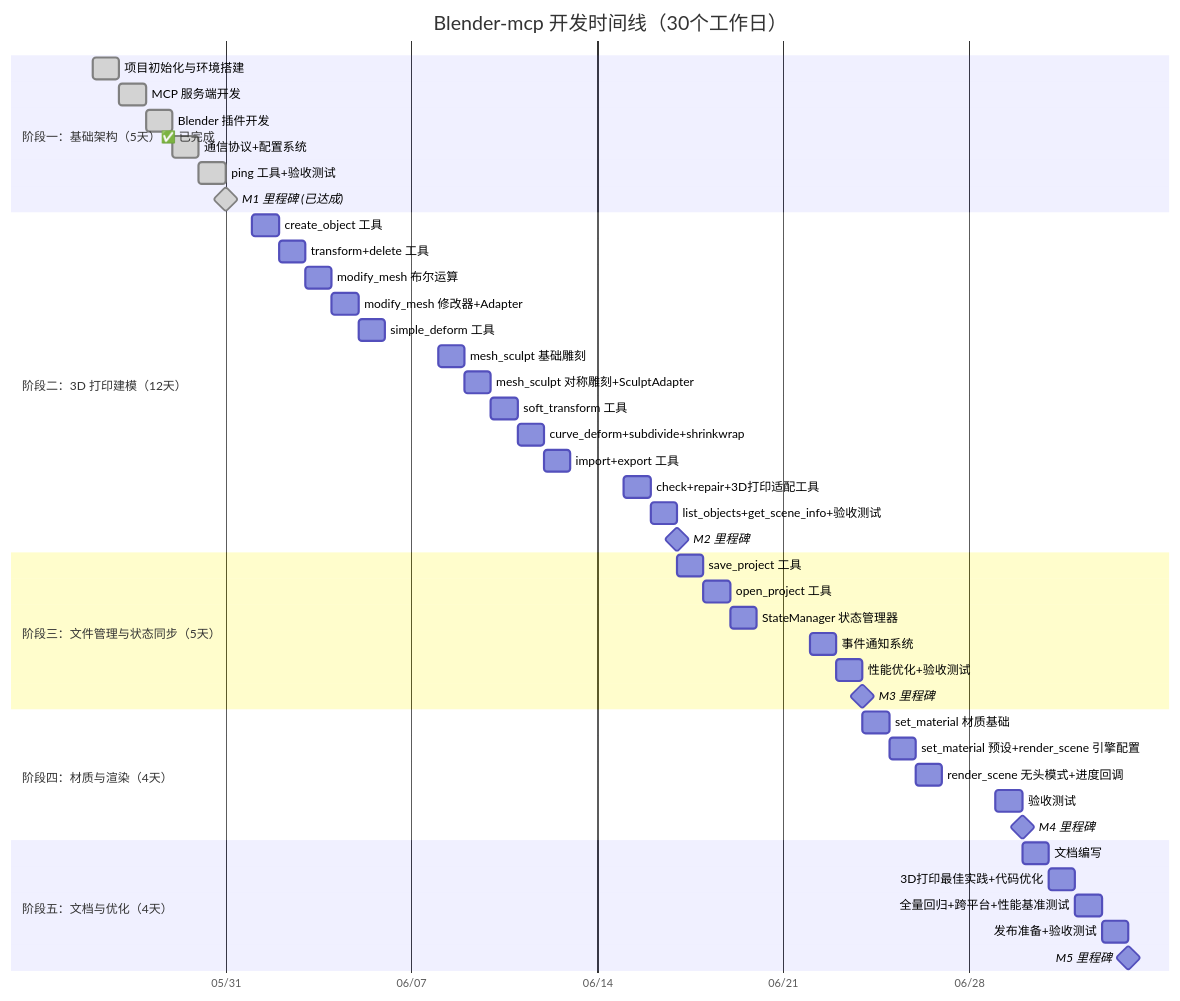
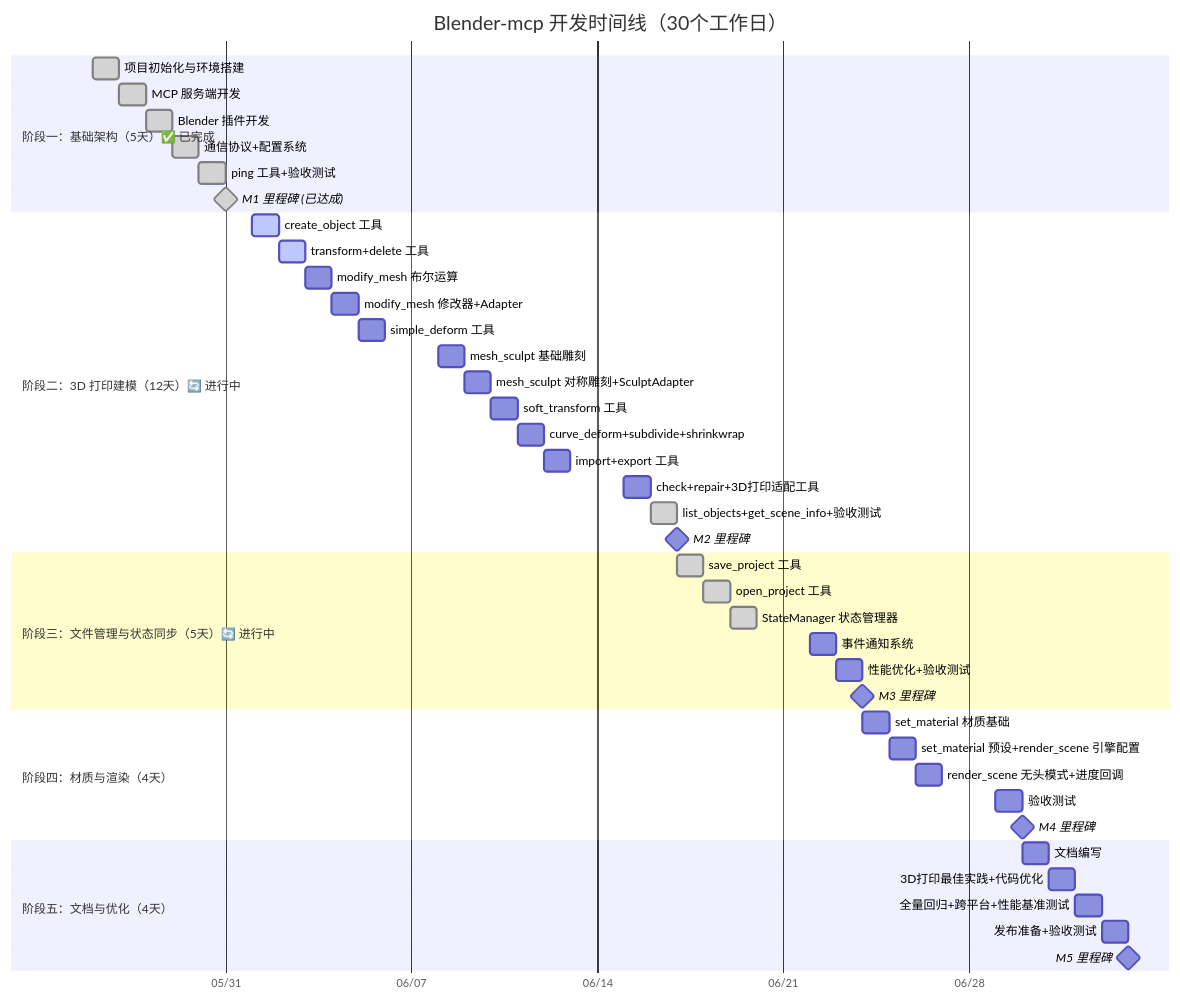
One commit to xjdxjd/Blender-MCP changed the first of 2 diagrams in document/开发计划.md. Above: the diagram before and after it, drawn with Mermaid. The commit also changed other lines of this file and 5 other files, not shown here.

````diff
--- a/document/开发计划.md
+++ b/document/开发计划.md
@@ -39,51 +39,51 @@
 ```mermaid
 gantt
     title Blender-mcp 开发时间线（30个工作日）
     dateFormat  YYYY-MM-DD
     axisFormat  %m/%d
 
     section 阶段一：基础架构（5天）✅ 已完成
     项目初始化与环境搭建          :done, a1, 2026-05-26, 1d
     MCP 服务端开发                :done, a2, 2026-05-27, 1d
     Blender 插件开发              :done, a3, 2026-05-28, 1d
     通信协议+配置系统             :done, a4, 2026-05-29, 1d
     ping 工具+验收测试            :done, a5, 2026-05-30, 1d
     M1 里程碑 (已达成)             :milestone, done, after a5, 0d
 
-    section 阶段二：3D 打印建模（12天）
-    create_object 工具            :b1, 2026-06-01, 1d
-    transform+delete 工具         :b2, 2026-06-02, 1d
+    section 阶段二：3D 打印建模（12天）🔄 进行中
+    create_object 工具            :active, b1, 2026-06-01, 1d
+    transform+delete 工具         :active, b2, 2026-06-02, 1d
     modify_mesh 布尔运算          :b3, 2026-06-03, 1d
     modify_mesh 修改器+Adapter    :b4, 2026-06-04, 1d
     simple_deform 工具            :b5, 2026-06-05, 1d
     mesh_sculpt 基础雕刻          :b6, 2026-06-08, 1d
     mesh_sculpt 对称雕刻+SculptAdapter :b7, 2026-06-09, 1d
     soft_transform 工具           :b8, 2026-06-10, 1d
     curve_deform+subdivide+shrinkwrap :b9, 2026-06-11, 1d
     import+export 工具            :b10, 2026-06-12, 1d
     check+repair+3D打印适配工具    :b11, 2026-06-15, 1d
-    list_objects+get_scene_info+验收测试 :b12, 2026-06-16, 1d
+    list_objects+get_scene_info+验收测试 :done, b12, 2026-06-16, 1d
     M2 里程碑                     :milestone, after b12, 0d
 
-    section 阶段三：文件管理与状态同步（5天）
-    save_project 工具             :c1, 2026-06-17, 1d
-    open_project 工具             :c2, 2026-06-18, 1d
-    StateManager 状态管理器       :c3, 2026-06-19, 1d
+    section 阶段三：文件管理与状态同步（5天）🔄 进行中
+    save_project 工具             :done, c1, 2026-06-17, 1d
+    open_project 工具             :done, c2, 2026-06-18, 1d
+    StateManager 状态管理器       :done, c3, 2026-06-19, 1d
     事件通知系统                  :c4, 2026-06-22, 1d
     性能优化+验收测试             :c5, 2026-06-23, 1d
     M3 里程碑                     :milestone, after c5, 0d
 
     section 阶段四：材质与渲染（4天）
     set_material 材质基础         :d1, 2026-06-24, 1d
     set_material 预设+render_scene 引擎配置 :d2, 2026-06-25, 1d
     render_scene 无头模式+进度回调 :d3, 2026-06-26, 1d
     验收测试                      :d4, 2026-06-29, 1d
     M4 里程碑                     :milestone, after d4, 0d
 
     section 阶段五：文档与优化（4天）
     文档编写                      :e1, 2026-06-30, 1d
     3D打印最佳实践+代码优化       :e2, 2026-07-01, 1d
     全量回归+跨平台+性能基准测试  :e3, 2026-07-02, 1d
     发布准备+验收测试             :e4, 2026-07-03, 1d
     M5 里程碑                     :milestone, after e4, 0d
 ```
````
